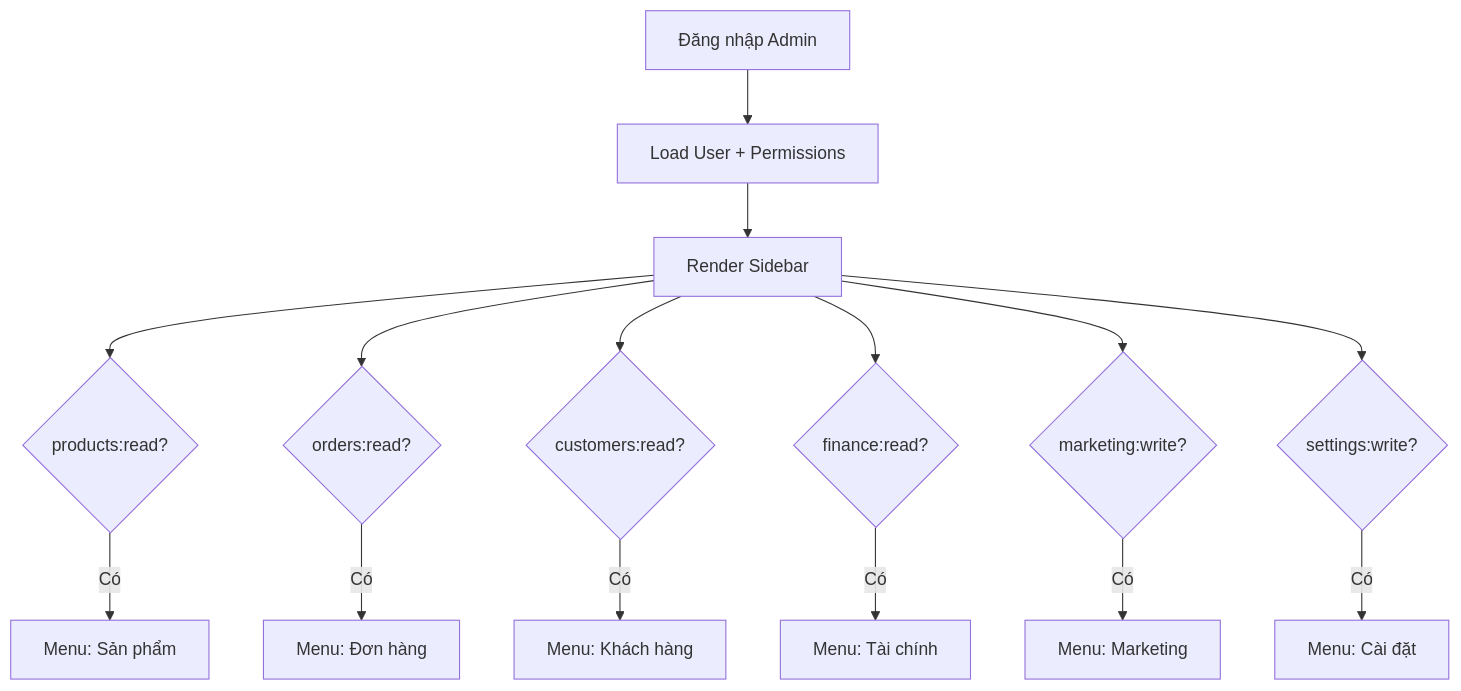
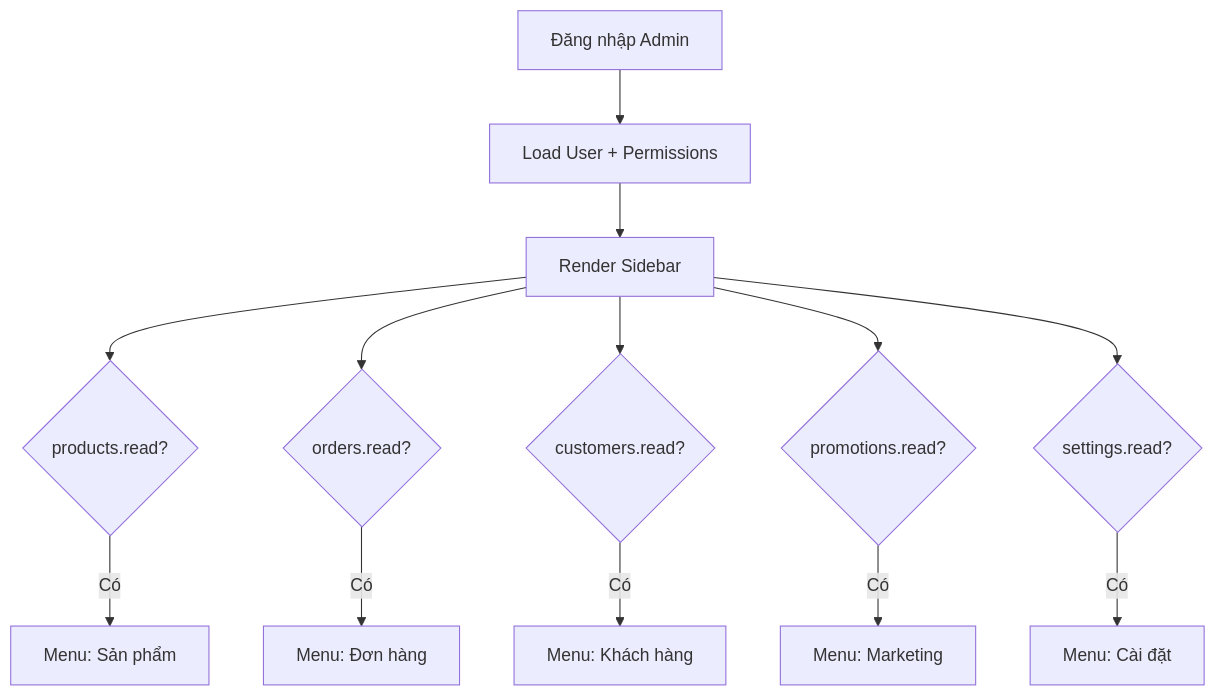
The third of 3 diagrams in docs/05-admin/README.md (pathust/mong.fruitboxz), drawn with Mermaid before and after one commit. The commit also changed other lines of this file and 9 other files, not shown here.

````diff
--- a/docs/05-admin/README.md
+++ b/docs/05-admin/README.md
@@ -119,19 +124,17 @@
 ```mermaid
 flowchart TD
     LOGIN[Đăng nhập Admin] --> LOAD[Load User + Permissions]
     LOAD --> RENDER[Render Sidebar]
 
-    RENDER --> P1{products:read?}
-    RENDER --> P2{orders:read?}
-    RENDER --> P3{customers:read?}
-    RENDER --> P4{finance:read?}
-    RENDER --> P5{marketing:write?}
-    RENDER --> P6{settings:write?}
+    RENDER --> P1{products.read?}
+    RENDER --> P2{orders.read?}
+    RENDER --> P3{customers.read?}
+    RENDER --> P5{promotions.read?}
+    RENDER --> P6{settings.read?}
 
     P1 -- Có --> NAV1[Menu: Sản phẩm]
     P2 -- Có --> NAV2[Menu: Đơn hàng]
     P3 -- Có --> NAV3[Menu: Khách hàng]
-    P4 -- Có --> NAV4[Menu: Tài chính]
     P5 -- Có --> NAV5[Menu: Marketing]
     P6 -- Có --> NAV6[Menu: Cài đặt]
 ```
````
